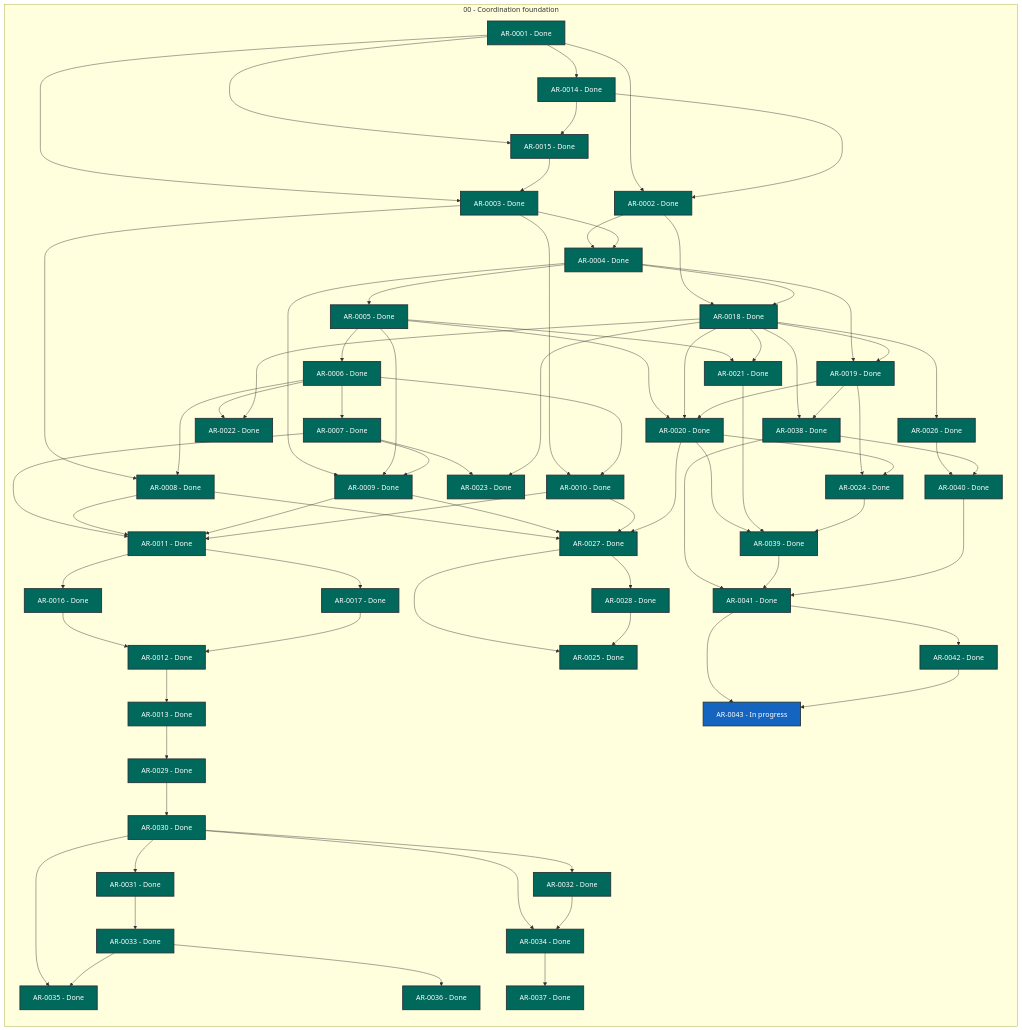
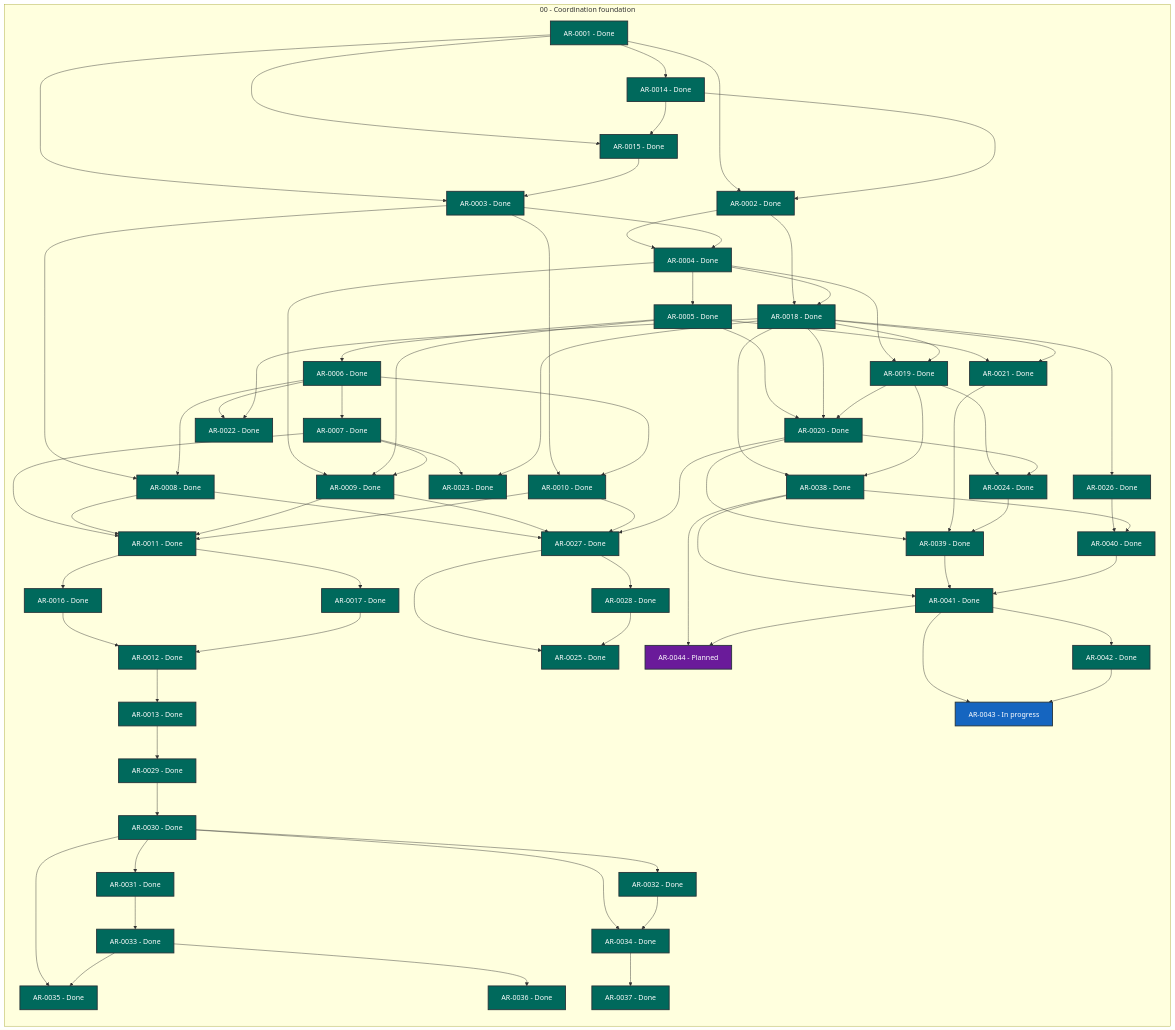
Before and after one commit to martin-beck/agent-workflow-tui-state: the diagram in STATUS.md, drawn with Mermaid. The commit also changed other lines of this file and 3 other files, not shown here.

```diff
--- a/STATUS.md
+++ b/STATUS.md
@@ -71,6 +71,7 @@
         AR_0041["AR-0041 - Done"]:::status_done
         AR_0042["AR-0042 - Done"]:::status_done
         AR_0043["AR-0043 - In progress"]:::status_in_progress
+        AR_0044["AR-0044 - Planned"]:::status_planned
     end
     AR_0001 --> AR_0002
     AR_0001 --> AR_0003
@@ -142,10 +143,12 @@
     AR_0034 --> AR_0037
     AR_0038 --> AR_0040
     AR_0038 --> AR_0041
+    AR_0038 --> AR_0044
     AR_0039 --> AR_0041
     AR_0040 --> AR_0041
     AR_0041 --> AR_0042
     AR_0041 --> AR_0043
+    AR_0041 --> AR_0044
     AR_0042 --> AR_0043
     classDef status_in_progress fill:#1565c0,color:#ffffff,stroke:#263238,stroke-width:2px
     classDef status_open fill:#2e7d32,color:#ffffff,stroke:#263238,stroke-width:2px
```
